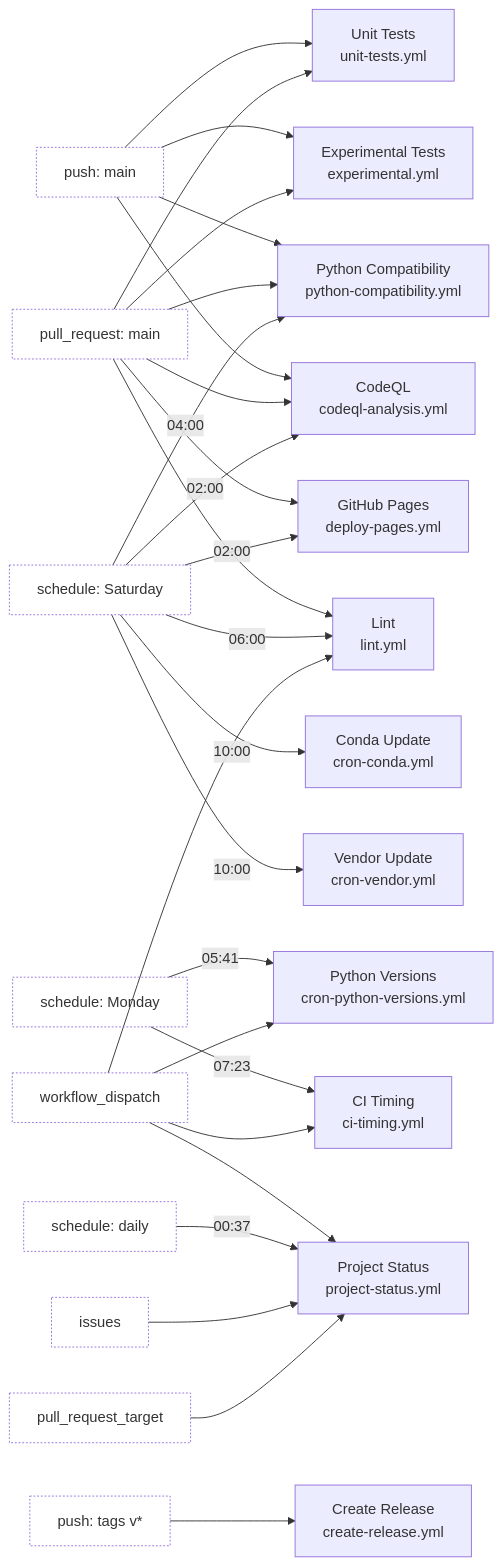
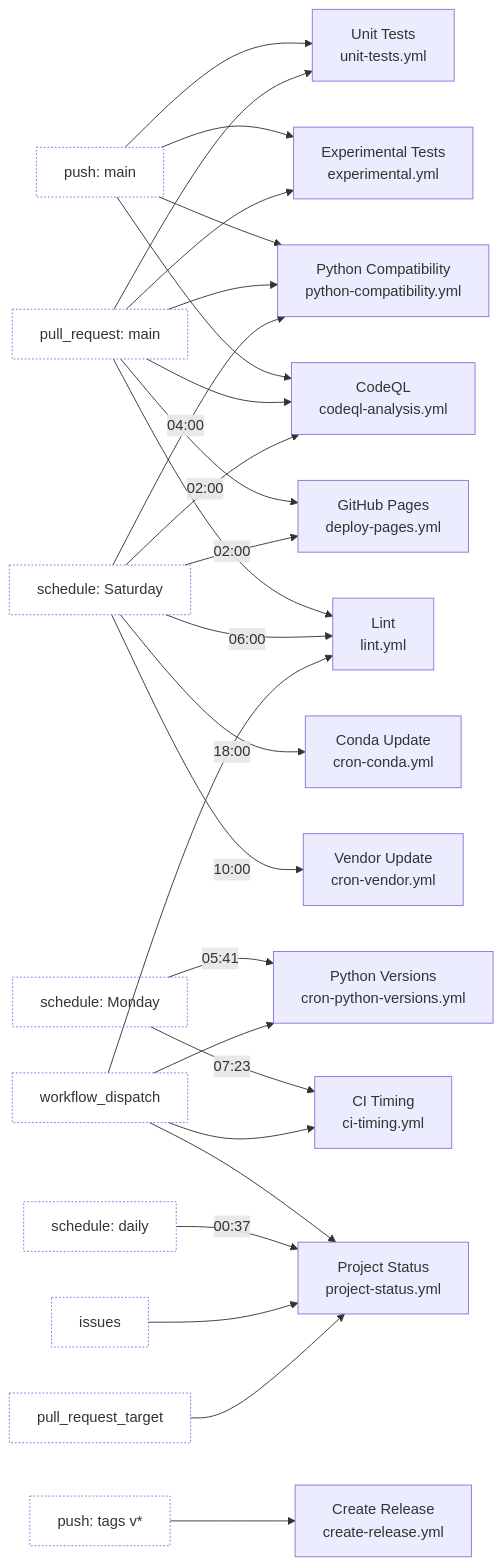
Before and after one commit to JarryShaw/PyPCAPKit: the first of 3 diagrams in docs/source/contributing/workflows.rst, drawn with Mermaid. The commit also changed other lines of this file and 11 other files, not shown here.

```diff
--- a/docs/source/contributing/workflows.rst
+++ b/docs/source/contributing/workflows.rst
@@ -139,66 +146,66 @@
 .. mermaid::
 
    flowchart LR
        PUSH["push: main"]
        PR["pull_request: main"]
        SAT["schedule: Saturday"]
        MON["schedule: Monday"]
        DISPATCH["workflow_dispatch"]
        DAILY["schedule: daily"]
        ISSUES["issues"]
        PRT["pull_request_target"]
        TAG["push: tags v*"]
 
        UT["Unit Tests<br/>unit-tests.yml"]
        EX["Experimental Tests<br/>experimental.yml"]
        PC["Python Compatibility<br/>python-compatibility.yml"]
        CQ["CodeQL<br/>codeql-analysis.yml"]
        GP["GitHub Pages<br/>deploy-pages.yml"]
        CU["Conda Update<br/>cron-conda.yml"]
        LT["Lint<br/>lint.yml"]
        VU["Vendor Update<br/>cron-vendor.yml"]
        PV["Python Versions<br/>cron-python-versions.yml"]
        CT["CI Timing<br/>ci-timing.yml"]
        PS["Project Status<br/>project-status.yml"]
        CR["Create Release<br/>create-release.yml"]
 
        PUSH --> UT
        PR --> UT
 
        PUSH --> EX
        PR --> EX
 
        PUSH --> PC
        PR --> PC
        SAT -->|04:00| PC
 
        PUSH --> CQ
        PR --> CQ
        SAT -->|02:00| CQ
 
        PR --> GP
        SAT -->|02:00| GP
 
-       SAT -->|10:00| CU
+       SAT -->|18:00| CU
 
        PR --> LT
        SAT -->|06:00| LT
        DISPATCH --> LT
 
        SAT -->|10:00| VU
 
        MON -->|05:41| PV
        DISPATCH --> PV
 
        MON -->|07:23| CT
        DISPATCH --> CT
 
        DISPATCH --> PS
        DAILY -->|00:37| PS
        ISSUES --> PS
        PRT --> PS
 
        TAG --> CR
 
        classDef trig fill:none,stroke-dasharray:2 2
        class PUSH,PR,SAT,MON,DISPATCH,DAILY,ISSUES,PRT,TAG trig
```
